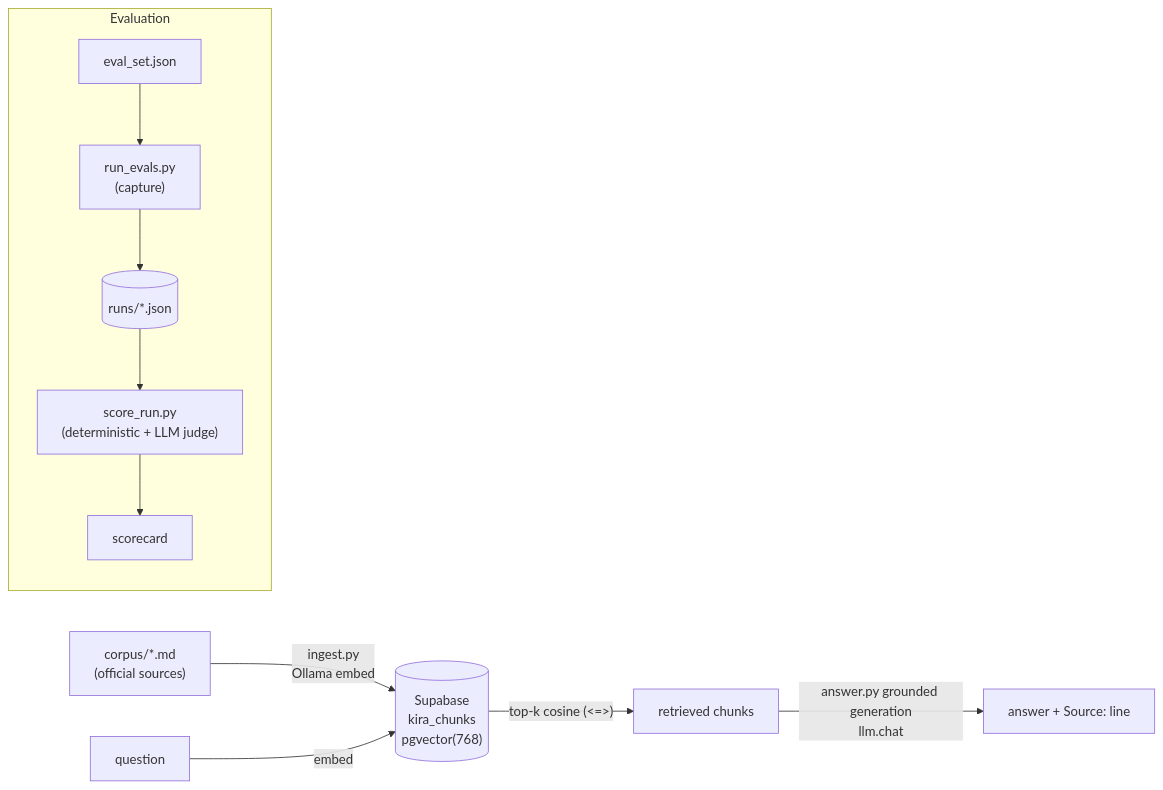
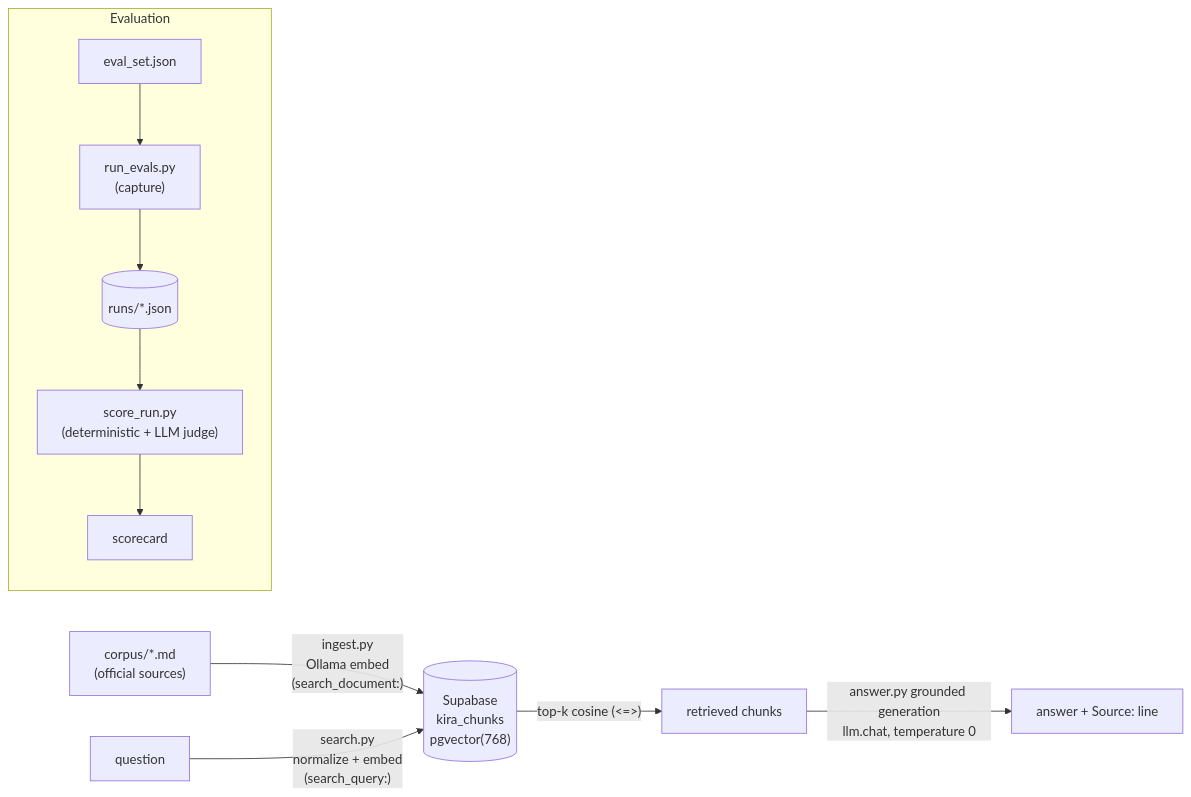
The diagram in README.md (azwandi/kira), drawn with Mermaid before and after one commit. The commit also changed other lines of this file and 5 other files, not shown here.

````diff
--- a/README.md
+++ b/README.md
@@ -25,11 +27,11 @@
 ```mermaid
 flowchart LR
-  C["corpus/*.md<br/>(official sources)"] -->|"ingest.py<br/>Ollama embed"| DB[("Supabase<br/>kira_chunks<br/>pgvector(768)")]
-  Q["question"] -->|embed| DB
+  C["corpus/*.md<br/>(official sources)"] -->|"ingest.py<br/>Ollama embed<br/>(search_document:)"| DB[("Supabase<br/>kira_chunks<br/>pgvector(768)")]
+  Q["question"] -->|"search.py<br/>normalize + embed<br/>(search_query:)"| DB
   DB -->|"top-k cosine (&lt;=&gt;)"| R["retrieved chunks"]
-  R -->|"answer.py grounded generation<br/>llm.chat"| A["answer + Source: line"]
+  R -->|"answer.py grounded generation<br/>llm.chat, temperature 0"| A["answer + Source: line"]
   subgraph Evaluation
     E["eval_set.json"] --> RUN["run_evals.py<br/>(capture)"] --> RUNS[("runs/*.json")]
     RUNS --> SC["score_run.py<br/>(deterministic + LLM judge)"] --> CARD["scorecard"]
   end
 ```
````
